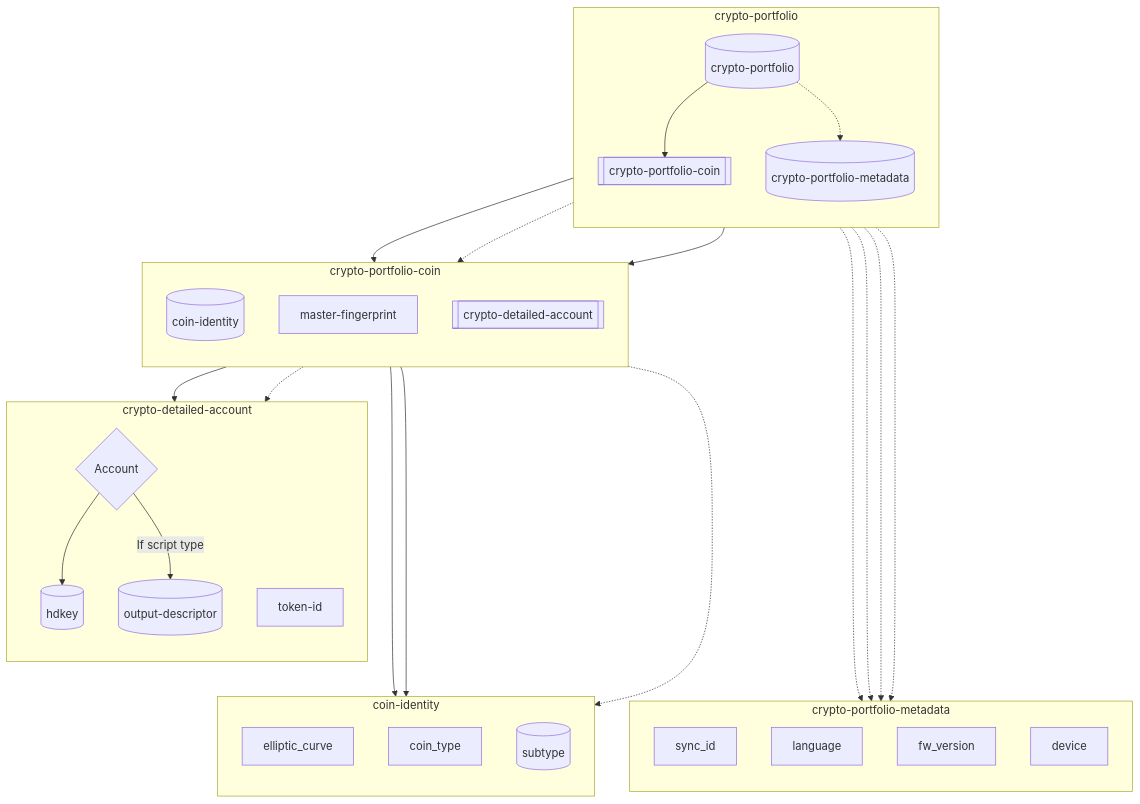
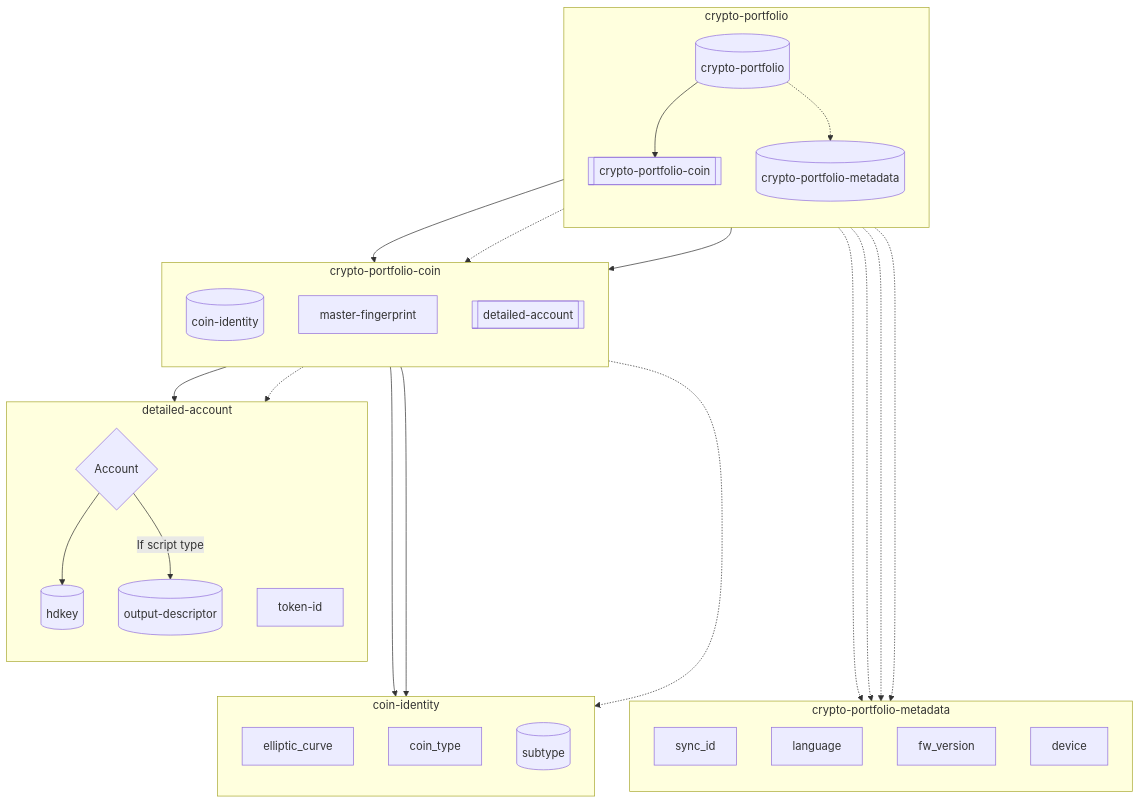
The fourth of 4 diagrams in papers/nbcr-2023-002-multi-layer-sync.md (ngraveio/Research), drawn with Mermaid before and after one commit. The commit also changed other lines of this file and 1 other file, not shown here.

Commit message:
NBCR: Update crypto-detailed-account (#6.1402) to detailed-account (#6.41402)

````diff
--- a/papers/nbcr-2023-002-multi-layer-sync.md
+++ b/papers/nbcr-2023-002-multi-layer-sync.md
@@ -458,44 +458,44 @@
 ```mermaid
 flowchart TB
 	%% crypto-sync breakdown
 	Sync[(crypto-portfolio)]
 	subgraph crypto-portfolio
     direction TB
 	Sync --> Coins[[crypto-portfolio-coin]]
 	Sync -.-> Meta[(crypto-portfolio-metadata)]
     end
 
 	%% crypto-portfolio-metadata breakdown
 	subgraph crypto-portfolio-metadata
     direction TB
 	Meta -...-> sync_id
 	Meta -...-> language
 	Meta -...-> fw_version
 	Meta -...-> device
 	end
 
 	%% crypto-portfolio-coin breakdown
 	subgraph crypto-portfolio-coin
     direction TB
 	Coins --> ID[(coin-identity)]
     Coins -.-> MF2[master-fingerprint]
-	Coins --> DetAcc[[crypto-detailed-account]]
+	Coins --> DetAcc[[detailed-account]]
     end
 
-    %% crypto-detailed-account breakdown
-    subgraph crypto-detailed-account
+    %% detailed-account breakdown
+    subgraph detailed-account
     direction TB
     DetAcc --> key{Account}
 	key --> HD[(hdkey)]
 	key --> |If script type| Out[(output-descriptor)]
 	DetAcc -.-> token-id
 	end
 
 	%% coin-identity breakdown
 	subgraph coin-identity
     direction TB
 	ID ---> elliptic_curve
 	ID ---> coin_type
 	ID -..-> Subtypes[(subtype)]
 	end
 ```
````
